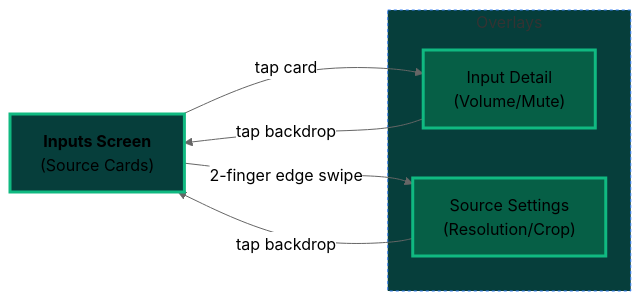
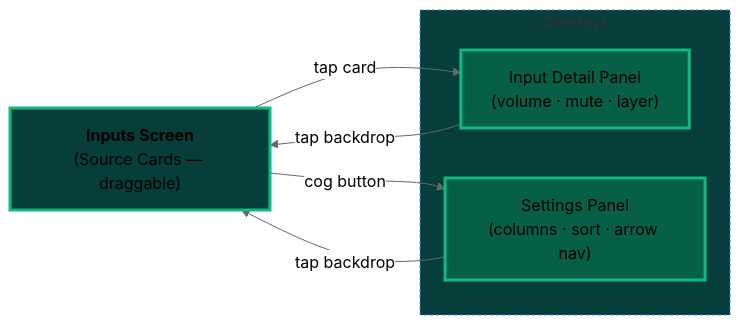
One commit to smelter-labs/smelter-editor changed the third of 4 diagrams in mobile_app/README.md. Above: the diagram before and after it, drawn with Mermaid (neutral theme). The commit also changed other lines of this file and 165 other files, not shown here.

````diff
--- a/mobile_app/README.md
+++ b/mobile_app/README.md
@@ -88,21 +94,21 @@
 ```mermaid
 %%{init: {'flowchart': {'curve': 'basis'}} }%%
 flowchart LR
-    Main["<b>Inputs Screen</b><br/>(Source Cards)"]
+    Main["<b>Inputs Screen</b><br/>(Source Cards — draggable)"]
 
-    subgraph Modals ["Overlays"]
-        Panel["Input Detail<br/>(Volume/Mute)"]
-        Settings["Source Settings<br/>(Resolution/Crop)"]
+    subgraph Overlays ["Overlays"]
+        Panel["Input Detail Panel<br/>(volume · mute · layer)"]
+        Settings["Settings Panel<br/>(columns · sort · arrow nav)"]
     end
 
     Main -->|"tap card"| Panel
     Panel -->|"tap backdrop"| Main
 
-    Main -->|"2-finger edge swipe"| Settings
+    Main -->|"cog button"| Settings
     Settings -->|"tap backdrop"| Main
 
     style Main fill:#063E3B,stroke:#10B981,stroke-width:3px
     style Panel fill:#065F46,stroke:#10B981,stroke-width:3px
     style Settings fill:#065F46,stroke:#10B981,stroke-width:3px
-    style Modals fill:#063E3B,stroke:#3b82f6,stroke-dasharray: 3 3
+    style Overlays fill:#063E3B,stroke:#3b82f6,stroke-dasharray: 3 3
 ```
````
